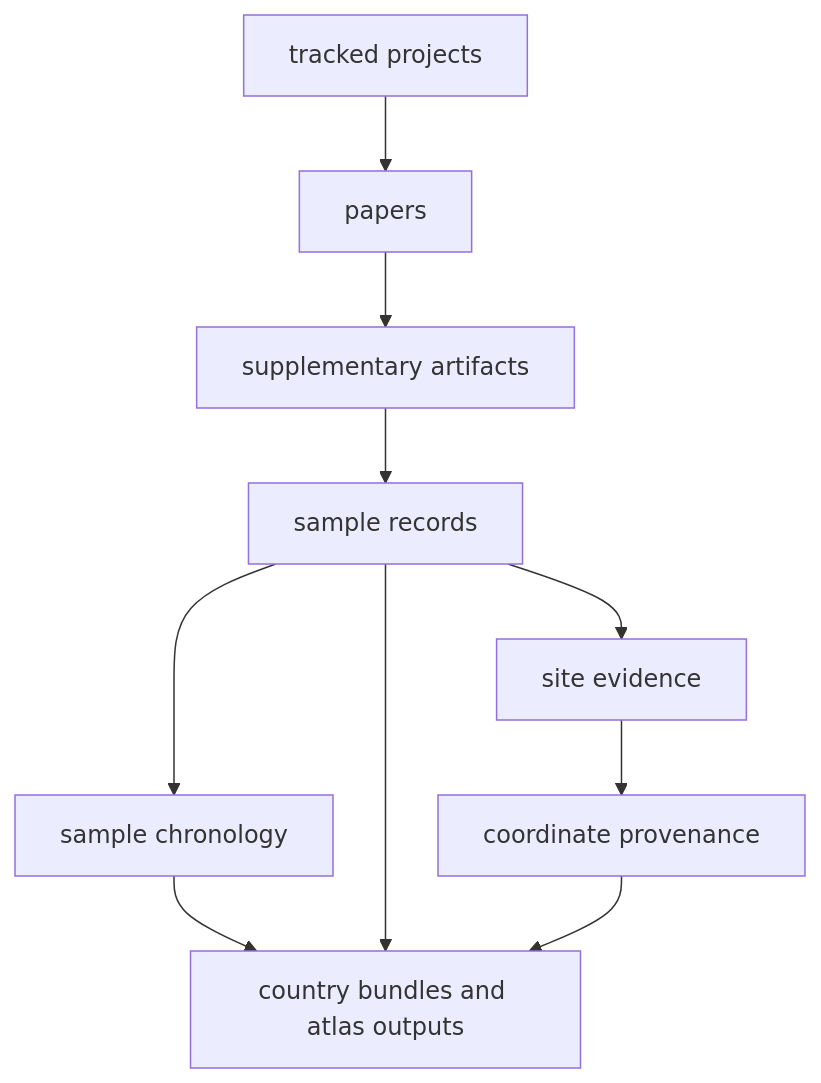
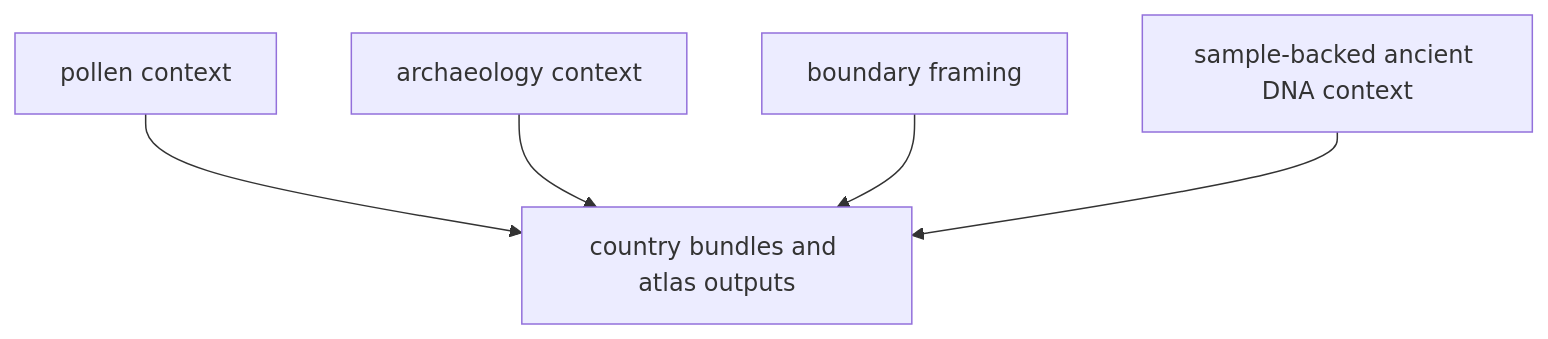
One commit to bijux/bijux-pollenomics changed the diagram in docs/02-bijux-pollenomics-data/index.md. Above: the diagram before and after it, drawn with Mermaid. The commit also changed other lines of this file and 27 other files, not shown here.

````diff
--- a/docs/02-bijux-pollenomics-data/index.md
+++ b/docs/02-bijux-pollenomics-data/index.md
@@ -31,21 +31,13 @@
 ```mermaid
 flowchart TB
-    projects["tracked projects"]
-    papers["papers"]
-    supplements["supplementary artifacts"]
-    samples["sample records"]
-    sites["site evidence"]
-    chronology["sample chronology"]
-    coordinates["coordinate provenance"]
+    pollen["pollen context"]
+    archaeology["archaeology context"]
+    boundaries["boundary framing"]
+    adna["sample-backed ancient DNA context"]
     outputs["country bundles and atlas outputs"]
 
-    projects --> papers
-    papers --> supplements
-    supplements --> samples
-    sites --> coordinates
-    samples --> sites
-    samples --> chronology
-    chronology --> outputs
-    samples --> outputs
-    coordinates --> outputs
+    pollen --> outputs
+    archaeology --> outputs
+    boundaries --> outputs
+    adna --> outputs
 ```
````
